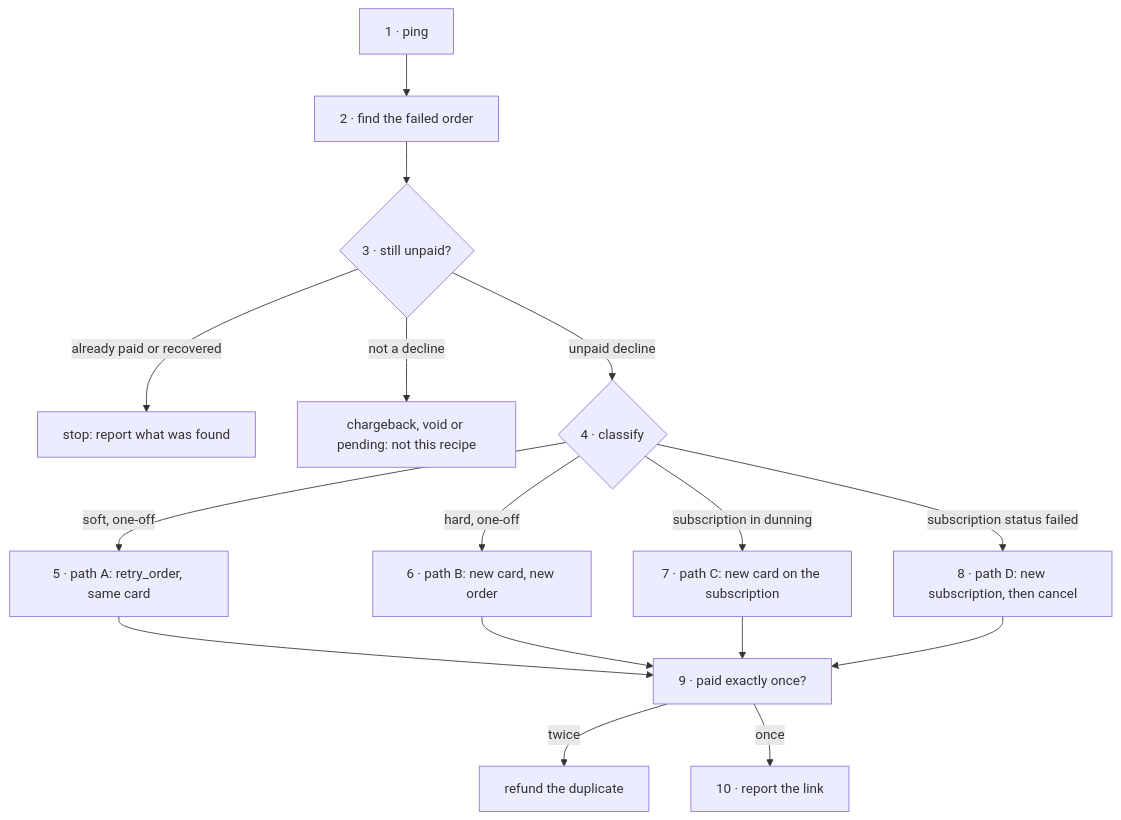
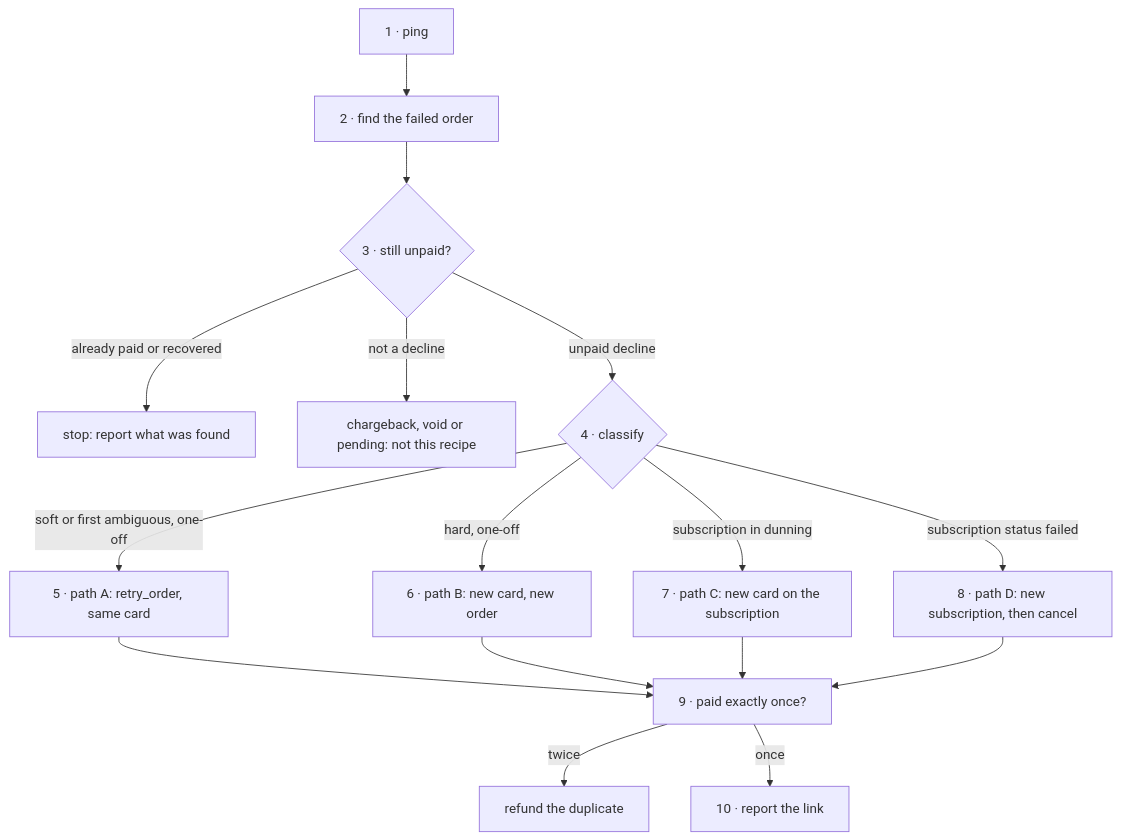
One commit to EPDCommerce/agent-skills changed the diagram in recipes/failed-payment-recovery.md. Above: the diagram before and after it, drawn with Mermaid. The commit also changed other lines of this file and 2 other files, not shown here.

First line of the commit message:
fix(recipes): every confirmation quotes a figure the chain has read

````diff
--- a/recipes/failed-payment-recovery.md
+++ b/recipes/failed-payment-recovery.md
@@ -58,18 +58,18 @@
 ```mermaid
 flowchart TD
   M["1 · ping"] --> F["2 · find the failed order"]
   F --> U{"3 · still unpaid?"}
   U -->|already paid or recovered| STOP["stop: report what was found"]
   U -->|not a decline| AWAY["chargeback, void or pending: not this recipe"]
   U -->|unpaid decline| C{"4 · classify"}
-  C -->|soft, one-off| A["5 · path A: retry_order, same card"]
+  C -->|soft or first ambiguous, one-off| A["5 · path A: retry_order, same card"]
   C -->|hard, one-off| B["6 · path B: new card, new order"]
   C -->|subscription in dunning| PC["7 · path C: new card on the subscription"]
   C -->|subscription status failed| D["8 · path D: new subscription, then cancel"]
   A --> V["9 · paid exactly once?"]
   B --> V
   PC --> V
   D --> V
   V -->|twice| RF["refund the duplicate"]
   V -->|once| R["10 · report the link"]
 ```
````
